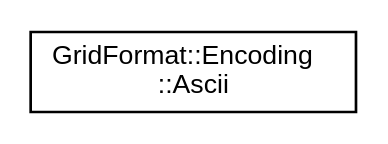
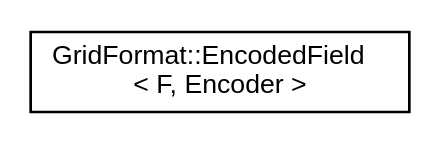
The diagram in inherit_graph_19.dot (dglaeser/gridformat), drawn with Graphviz before and after one commit. The commit also changed 337 other files, not shown here.

```diff
--- a/inherit_graph_19.dot
+++ b/inherit_graph_19.dot
@@ -1,8 +1,8 @@
 digraph "Graphical Class Hierarchy"
 {
  // LATEX_PDF_SIZE
   edge [fontname="Helvetica",fontsize="10",labelfontname="Helvetica",labelfontsize="10"];
   node [fontname="Helvetica",fontsize="10",shape=record];
   rankdir="LR";
-  Node0 [label="GridFormat::Encoding\l::Ascii",height=0.2,width=0.4,color="black", fillcolor="white", style="filled",URL="$structGridFormat_1_1Encoding_1_1Ascii.html",tooltip="Ascii encoder."];
+  Node0 [label="GridFormat::EncodedField\l\< F, Encoder \>",height=0.2,width=0.4,color="black", fillcolor="white", style="filled",URL="$classGridFormat_1_1EncodedField.html",tooltip="Wraps a field and makes it streamable using encoding."];
 }
```
